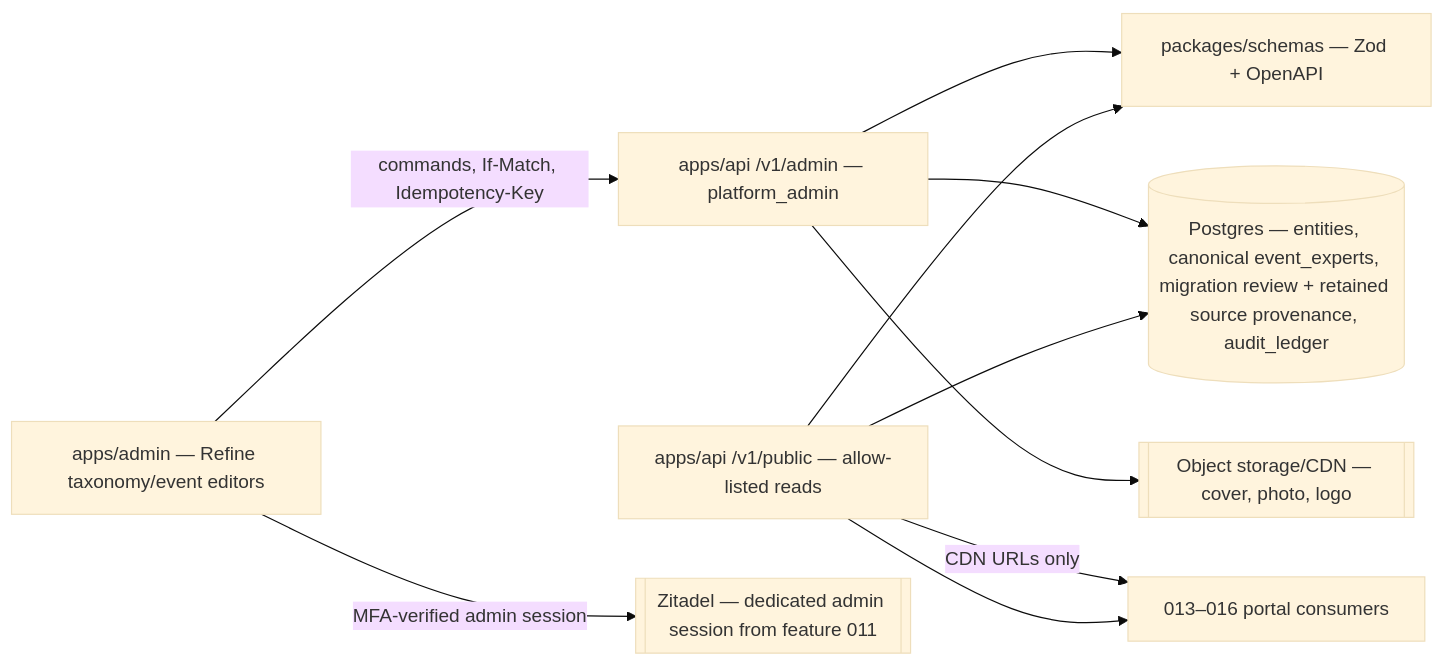
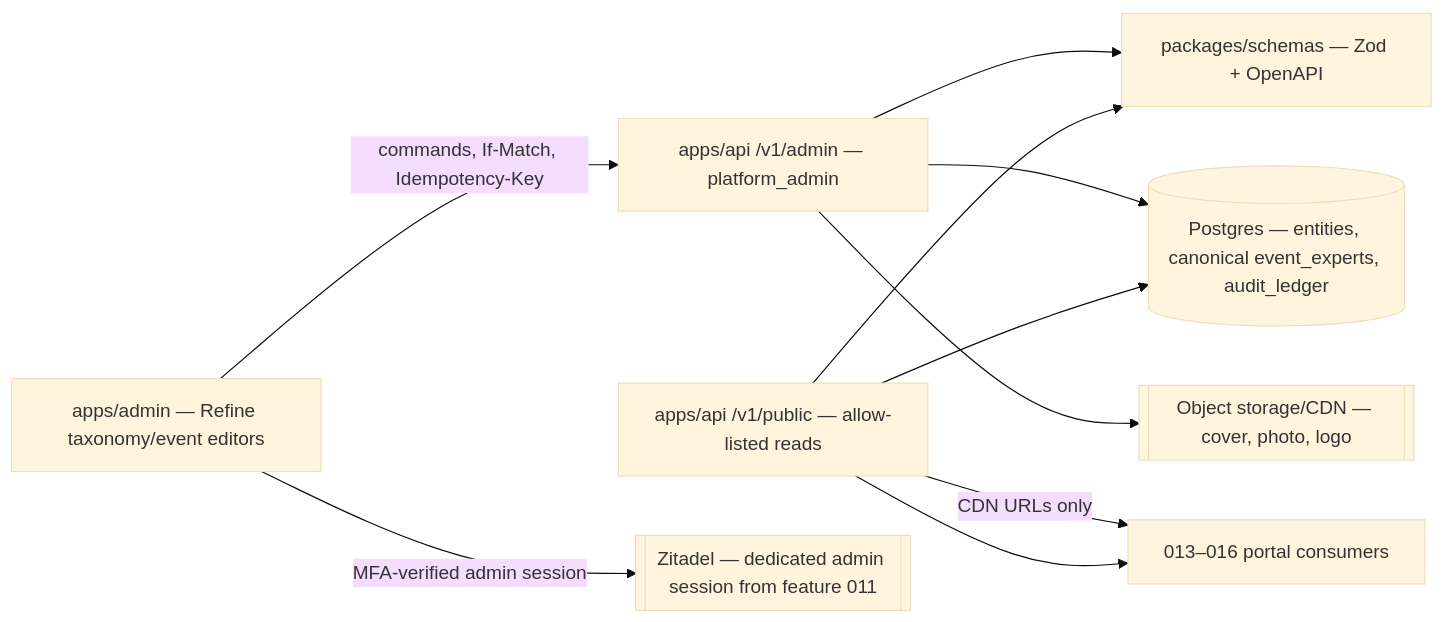
The first of 4 diagrams in apps/docs/content/specs/features/012-content-taxonomy/012-design.md (doctor-school/ds-platform), drawn with Mermaid (base theme) before and after one commit. The commit also changed other lines of this file and 10 other files, not shown here.

First line of the commit message:
docs(1607): 012 EARS-24 — re-scope to a one-off manual speaker migration and event_experts cutover (#1872)

````diff
--- a/apps/docs/content/specs/features/012-content-taxonomy/012-design.md
+++ b/apps/docs/content/specs/features/012-content-taxonomy/012-design.md
@@ -18,21 +18,21 @@
 ```mermaid
 flowchart LR
   ADM[apps/admin — Refine taxonomy/event editors]
   APIA[apps/api /v1/admin — platform_admin]
   APIP[apps/api /v1/public — allow-listed reads]
   SCH[packages/schemas — Zod + OpenAPI]
-  DB[(Postgres — entities, canonical event_experts, migration review + retained source provenance, audit_ledger)]
+  DB[(Postgres — entities, canonical event_experts, audit_ledger)]
   S3[[Object storage/CDN — cover, photo, logo]]
   IDP[[Zitadel — dedicated admin session from feature 011]]
   NEXT[013–016 portal consumers]
 
   ADM -->|commands, If-Match, Idempotency-Key| APIA
   APIA --> SCH
   APIP --> SCH
   APIA --> DB
   ADM -->|MFA-verified admin session| IDP
   APIP --> DB
   APIA --> S3
   APIP -->|CDN URLs only| NEXT
   APIP --> NEXT
 ```
````
